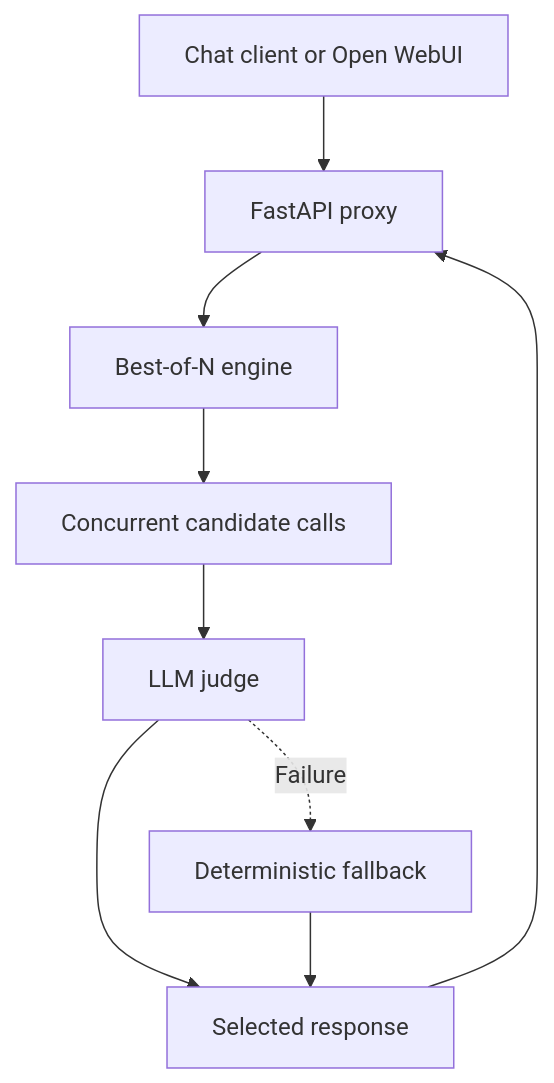
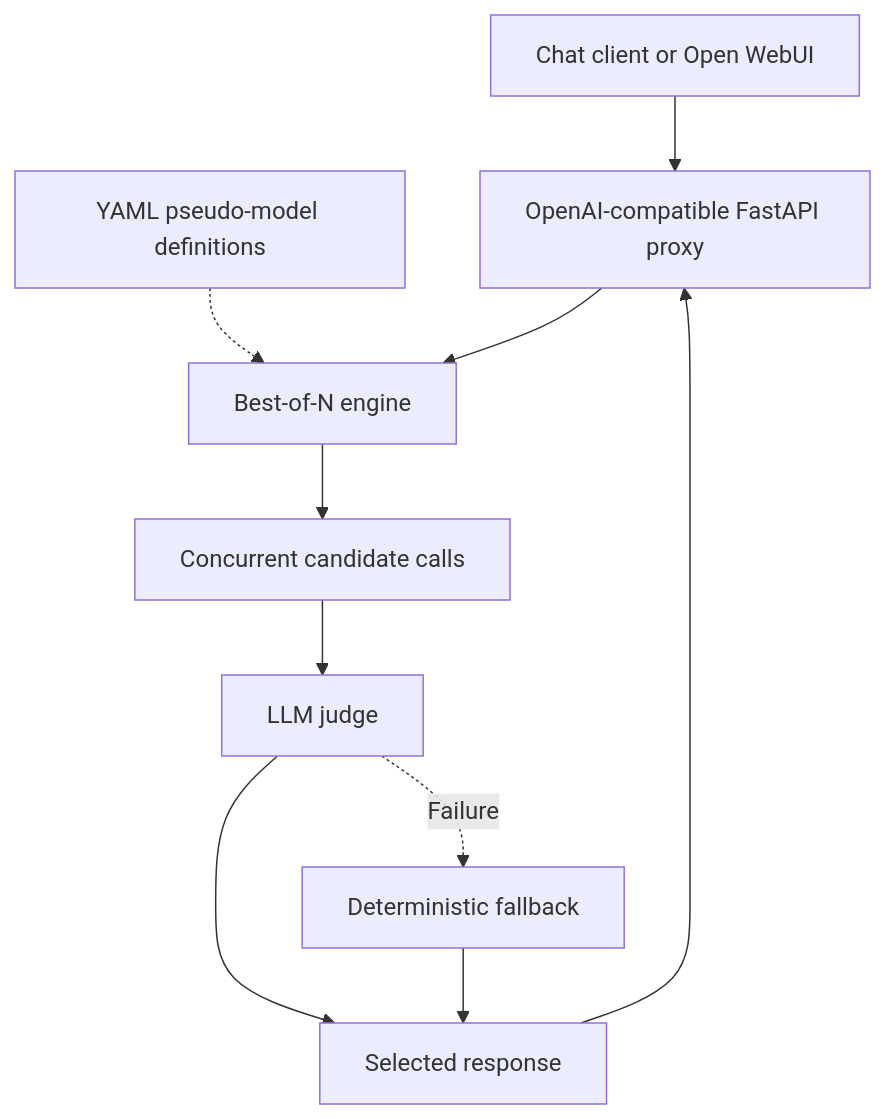
Before and after one commit to hynesc/multi-llm: the diagram in ARCHITECTURE.md, drawn with Mermaid. The commit also changed other lines of this file and 8 other files, not shown here.

Commit message:
Document pseudo-model deployment and fix token-limit overrides

````diff
--- a/ARCHITECTURE.md
+++ b/ARCHITECTURE.md
@@ -3,11 +3,12 @@
 ```mermaid
 flowchart TB
-    Client[Chat client or Open WebUI] --> API[FastAPI proxy]
+    Client[Chat client or Open WebUI] --> API[OpenAI-compatible FastAPI proxy]
+    YAML[YAML pseudo-model definitions] -.-> Engine
     API --> Engine[Best-of-N engine]
     Engine --> Candidates[Concurrent candidate calls]
     Candidates --> Judge[LLM judge]
     Judge --> Winner[Selected response]
     Judge -. Failure .-> Fallback[Deterministic fallback]
     Fallback --> Winner
     Winner --> API
 ```
````
